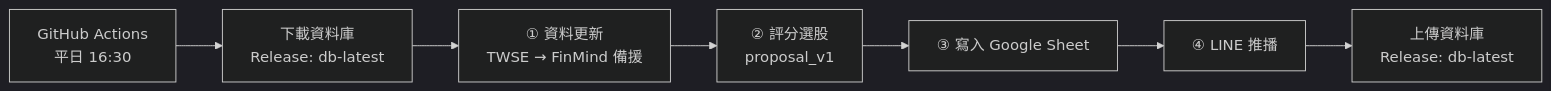
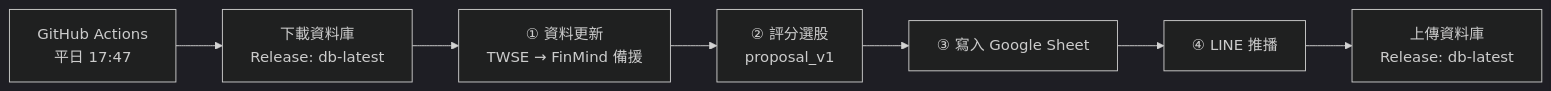
One commit to yantingque/stock-system changed the diagram in README.md. Above: the diagram before and after it, drawn with Mermaid (dark theme). The commit also changed other lines of this file and 2 other files, not shown here.

````diff
--- a/README.md
+++ b/README.md
@@ -19,9 +19,9 @@
 ```mermaid
 flowchart LR
-    A[GitHub Actions<br/>平日 16:30] --> B[下載資料庫<br/>Release: db-latest]
+    A[GitHub Actions<br/>平日 17:47] --> B[下載資料庫<br/>Release: db-latest]
     B --> C[① 資料更新<br/>TWSE → FinMind 備援]
     C --> D[② 評分選股<br/>proposal_v1]
     D --> E[③ 寫入 Google Sheet]
     E --> F[④ LINE 推播]
     F --> G[上傳資料庫<br/>Release: db-latest]
 ```
````
